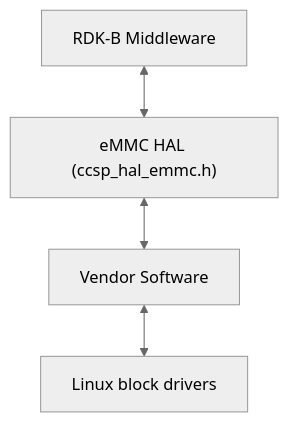
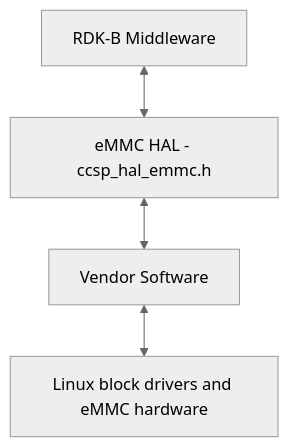
The first of 2 diagrams in docs/pages/halSpec.md (Blitzy-Sky/rdkb-halif-emmc), drawn with Mermaid (neutral theme) before and after one commit.

Commit message:
docs: normalise the eMMC HAL architecture flowchart in its specification
The Description flowchart now uses the common top-down form shared by
every C HAL page: RDK-B Middleware, then eMMC HAL - ccsp_hal_emmc.h,
then Vendor Software, then the Linux block drivers and eMMC hardware,
joined by double-headed edges.

````diff
--- a/docs/pages/halSpec.md
+++ b/docs/pages/halSpec.md
@@ -22,7 +22,6 @@
 ```mermaid
-flowchart TD;
-    Caller["RDK-B Middleware"] <-->
-    HAL["eMMC HAL (ccsp_hal_emmc.h)"] <-->
-    Vendor["Vendor Software"] <-->
-    BlockDrivers["Linux block drivers"]
+flowchart TD
+    Caller["RDK-B Middleware"] <--> HAL["eMMC HAL - ccsp_hal_emmc.h"]
+    HAL <--> Vendor["Vendor Software"]
+    Vendor <--> Hardware["Linux block drivers and eMMC hardware"]
 ```
````
